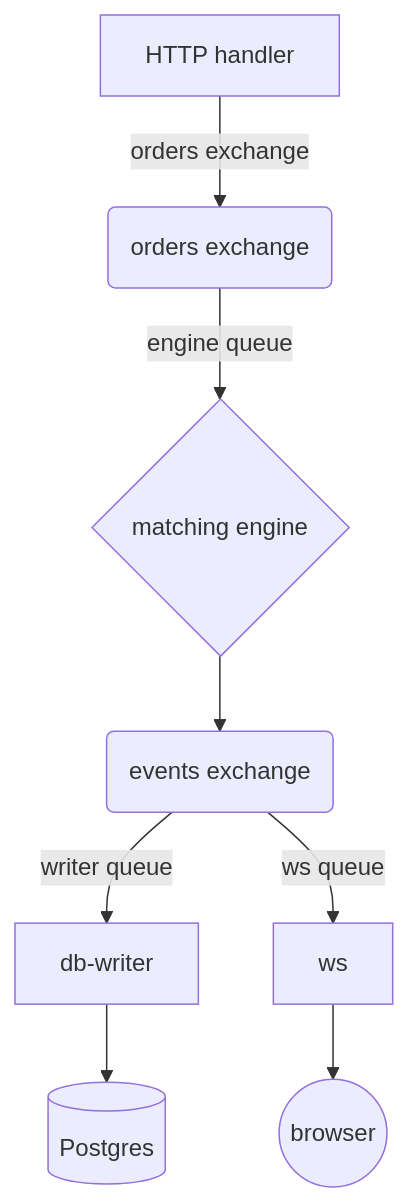
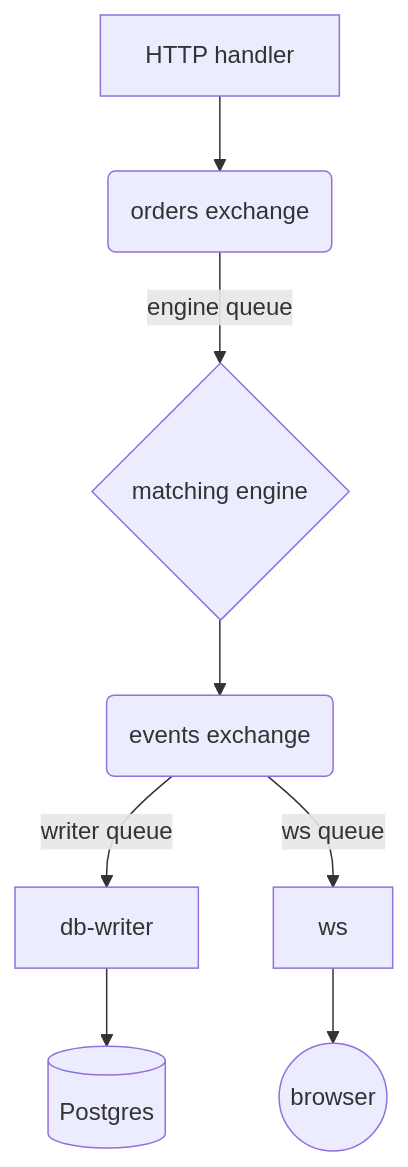
The diagram in README.md (abolcerek/Trading-Matching-Simulator), drawn with Mermaid before and after one commit. The commit also changed other lines of this file, not shown here.

Commit message:
Fixed formatting issues

````diff
--- a/README.md
+++ b/README.md
@@ -10,10 +10,10 @@
 ```mermaid
 graph TD;
-    A[HTTP handler] -->|orders exchange| B(orders exchange);
+    A[HTTP handler] --> B(orders exchange);
     B -->|engine queue| C{matching engine};
     C --> X(events exchange);
     X -->|writer queue| D[db-writer];
     X -->|ws queue| E[ws];
     E --> F((browser));
     D --> G[(Postgres)];
 ```
````
